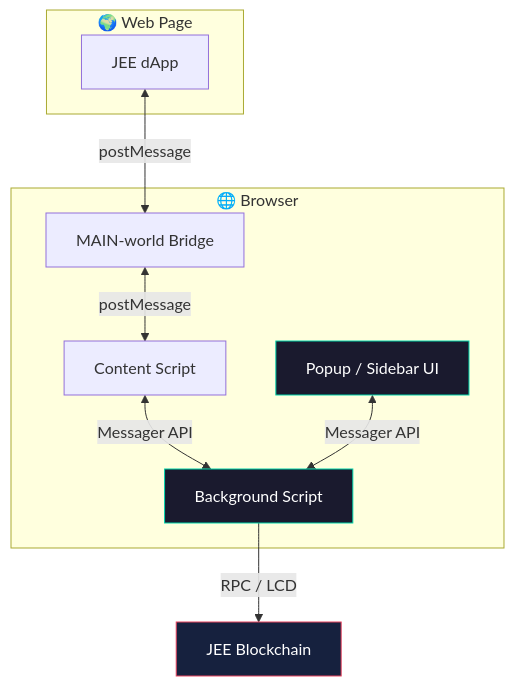
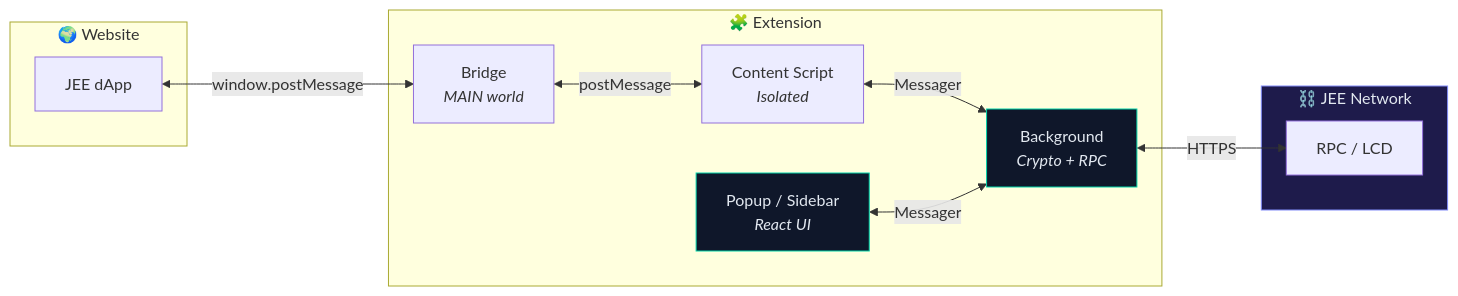
The first of 3 diagrams in README.md (SujayPro/Jee-wallet), drawn with Mermaid before and after one commit. The commit also changed other lines of this file, not shown here.

````diff
--- a/README.md
+++ b/README.md
@@ -68,23 +217,27 @@
 ```mermaid
-flowchart TB
-    subgraph Browser["🌐 Browser"]
-        POPUP["Popup / Sidebar UI"]
-        CS["Content Script"]
-        BRIDGE["MAIN-world Bridge"]
-        BG["Background Script"]
+flowchart LR
+    subgraph EXT["🧩 Extension"]
+        UI["Popup / Sidebar<br/><i>React UI</i>"]
+        BG["Background<br/><i>Crypto + RPC</i>"]
+        CS["Content Script<br/><i>Isolated</i>"]
+        BR["Bridge<br/><i>MAIN world</i>"]
     end
 
-    subgraph Web["🌍 Web Page"]
+    subgraph WEB["🌍 Website"]
         DAPP["JEE dApp"]
     end
 
-    DAPP <-->|postMessage| BRIDGE
-    BRIDGE <-->|postMessage| CS
-    CS <-->|Messager API| BG
-    POPUP <-->|Messager API| BG
-    BG -->|RPC / LCD| CHAIN["JEE Blockchain"]
+    subgraph CHAIN["⛓️ JEE Network"]
+        RPC["RPC / LCD"]
+    end
 
-    style POPUP fill:#1a1a2e,stroke:#00d4aa,color:#fff
-    style BG fill:#1a1a2e,stroke:#00d4aa,color:#fff
-    style CHAIN fill:#16213e,stroke:#e94560,color:#fff
+    DAPP <-->|window.postMessage| BR
+    BR <-->|postMessage| CS
+    CS <-->|Messager| BG
+    UI <-->|Messager| BG
+    BG <-->|HTTPS| RPC
+
+    style UI fill:#0f172a,stroke:#00d4aa,color:#e2e8f0
+    style BG fill:#0f172a,stroke:#00d4aa,color:#e2e8f0
+    style CHAIN fill:#1e1b4b,stroke:#818cf8,color:#e2e8f0
 ```
````
